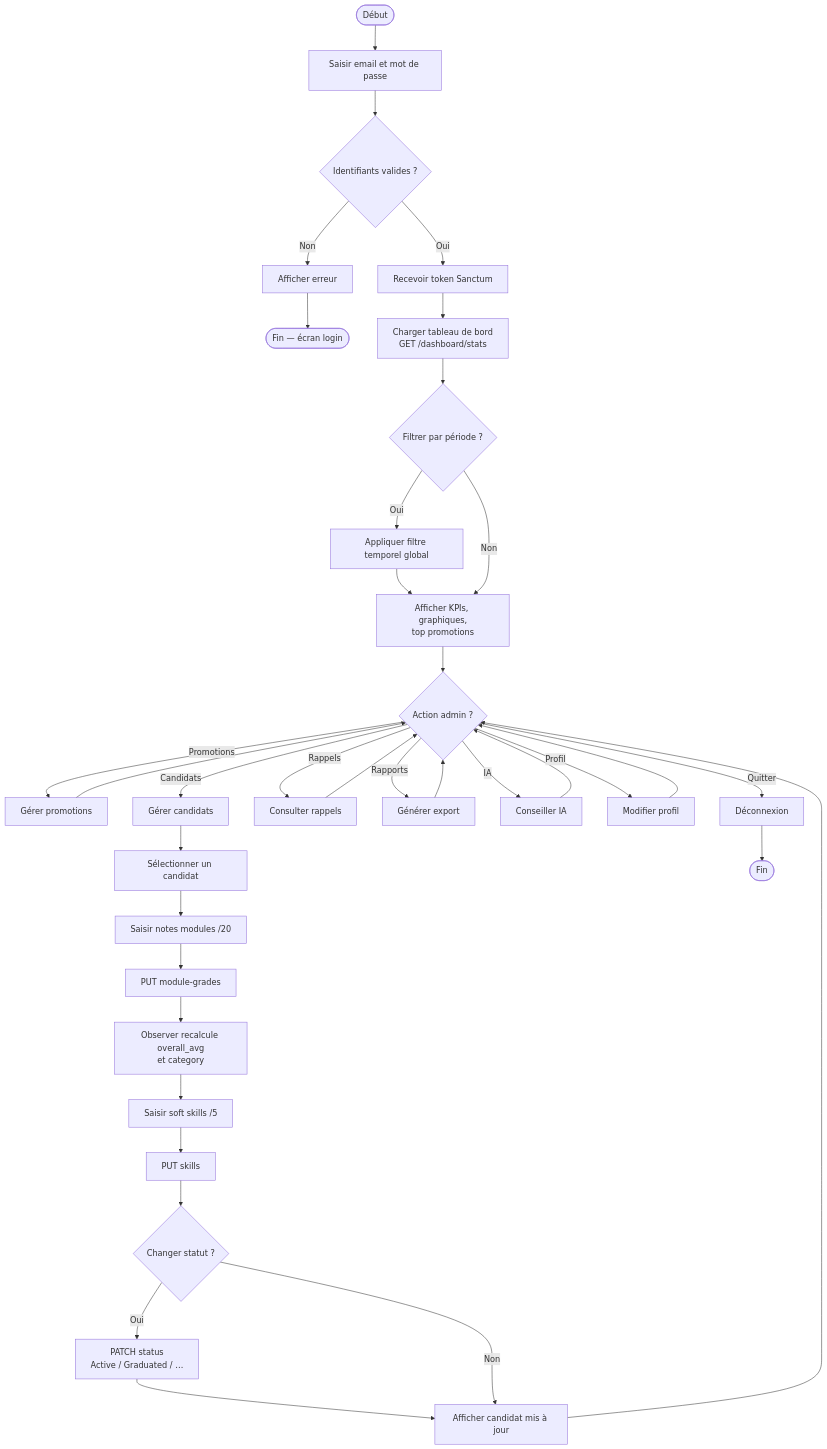
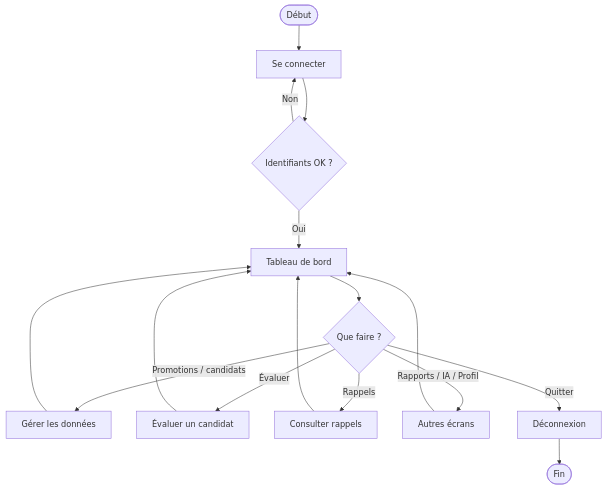
Before and after one commit to ayaAhd123/cmh_career_hub: the first of 6 diagrams in docs/uml/mcd-mld-activite.md, drawn with Mermaid. The commit also changed other lines of this file, not shown here.

First line of the commit message:
Fix MLD Mermaid rendering and simplify activity diagrams.

````diff
--- a/docs/uml/mcd-mld-activite.md
+++ b/docs/uml/mcd-mld-activite.md
@@ -14,57 +14,20 @@
 ```mermaid
 flowchart TD
-    start([Début])
-    login[Saisir email et mot de passe]
-    auth{Identifiants valides ?}
-    token[Recevoir token Sanctum]
-    reject[Afficher erreur]
-    endLogin([Fin — écran login])
+    start([Début]) --> login[Se connecter]
+    login --> ok{Identifiants OK ?}
+    ok -->|Non| login
+    ok -->|Oui| dash[Tableau de bord]
 
-    dash[Charger tableau de bord<br/>GET /dashboard/stats]
-    filt{Filtrer par période ?}
-    applyFilt[Appliquer filtre temporel global]
-    showKpi[Afficher KPIs, graphiques,<br/>top promotions]
+    dash --> choix{Que faire ?}
+    choix -->|Promotions / candidats| crud[Gérer les données]
+    choix -->|Évaluer| eval[Évaluer un candidat]
+    choix -->|Rappels| notif[Consulter rappels]
+    choix -->|Rapports / IA / Profil| autres[Autres écrans]
+    crud --> dash
+    eval --> dash
+    notif --> dash
+    autres --> dash
 
-    action{Action admin ?}
-    promo[Gérer promotions]
-    cand[Gérer candidats]
-    rappel[Consulter rappels]
-    export[Générer export]
-    ia[Conseiller IA]
-    profil[Modifier profil]
-
-    selectCand[Sélectionner un candidat]
-    grades[Saisir notes modules /20]
-    syncGrades[PUT module-grades]
-    obs[Observer recalcule overall_avg<br/>et category]
-    skills[Saisir soft skills /5]
-    syncSkills[PUT skills]
-    status{Changer statut ?}
-    chgStatus[PATCH status<br/>Active / Graduated / …]
-    saveOk[Afficher candidat mis à jour]
-
-    logout[Déconnexion]
-    stop([Fin])
-
-    start --> login --> auth
-    auth -->|Non| reject --> endLogin
-    auth -->|Oui| token --> dash
-    dash --> filt
-    filt -->|Oui| applyFilt --> showKpi
-    filt -->|Non| showKpi
-    showKpi --> action
-
-    action -->|Promotions| promo --> action
-    action -->|Candidats| cand --> selectCand
-    selectCand --> grades --> syncGrades --> obs
-    obs --> skills --> syncSkills --> status
-    status -->|Oui| chgStatus --> saveOk
-    status -->|Non| saveOk
-    saveOk --> action
-
-    action -->|Rappels| rappel --> action
-    action -->|Rapports| export --> action
-    action -->|IA| ia --> action
-    action -->|Profil| profil --> action
-    action -->|Quitter| logout --> stop
+    choix -->|Quitter| out[Déconnexion]
+    out --> fin([Fin])
 ```
````
